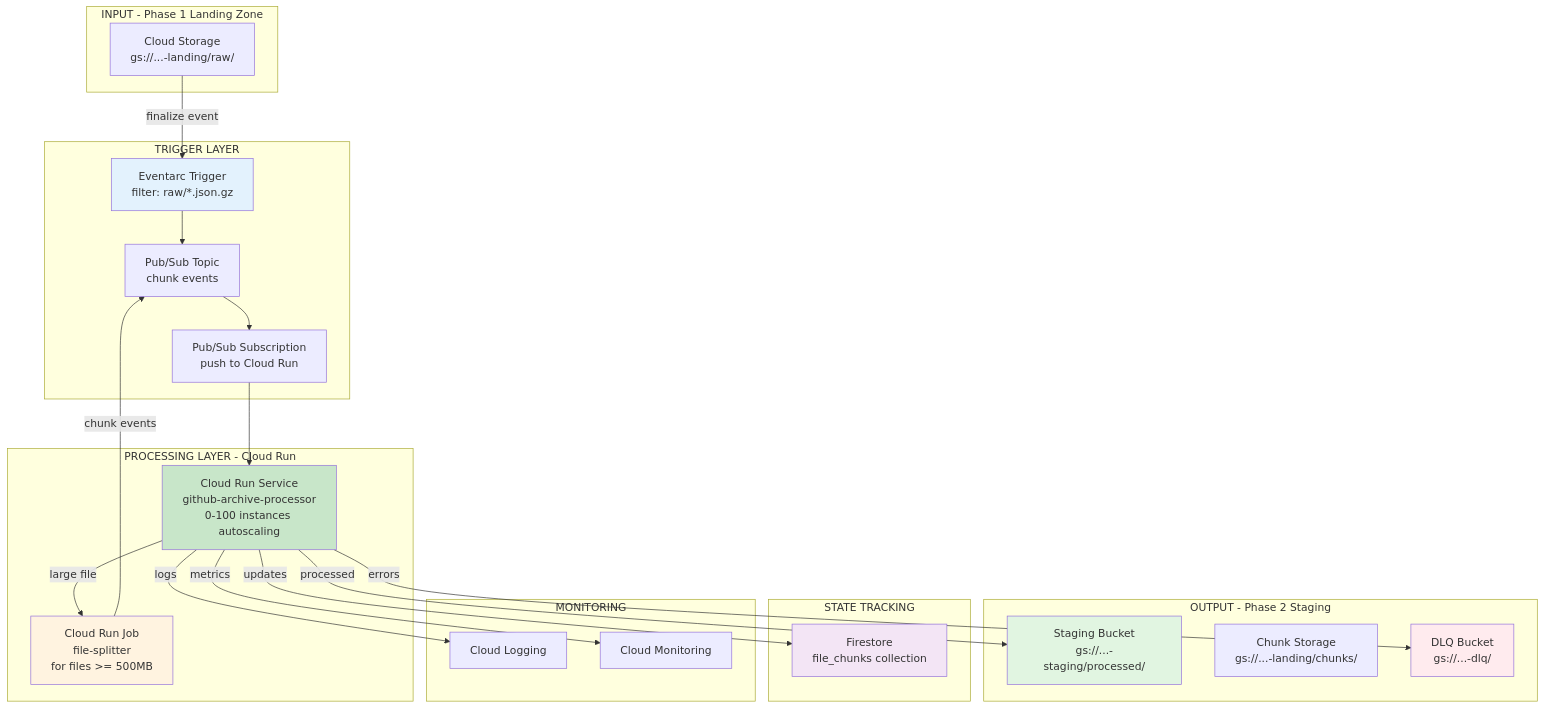
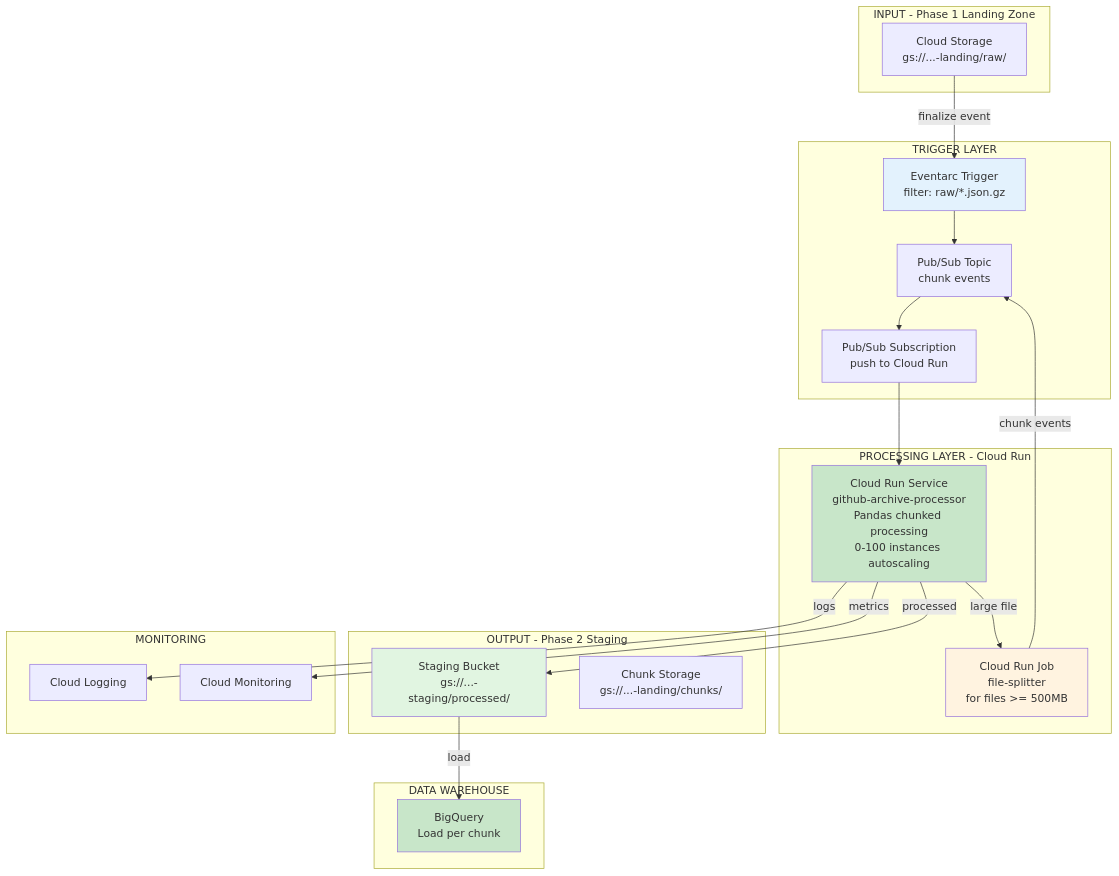
One commit to prateekpanjla-outlook/gcp_data_proc changed the diagram in design/github_archive/phase2_process_files/diagrams/06_component_view.md. Above: the diagram before and after it, drawn with Mermaid. The commit also changed other lines of this file and 8 other files, not shown here.

First line of the commit message:
refactor: simplify Phase 2 architecture - remove Firestore tracking

````diff
--- a/design/github_archive/phase2_process_files/diagrams/06_component_view.md
+++ b/design/github_archive/phase2_process_files/diagrams/06_component_view.md
@@ -3,52 +3,49 @@
 ```mermaid
 graph TB
     subgraph Input["INPUT - Phase 1 Landing Zone"]
         CS[Cloud Storage<br>gs://...-landing/raw/]
     end
 
     subgraph Trigger["TRIGGER LAYER"]
         EVT[Eventarc Trigger<br>filter: raw/*.json.gz]
         PUB[Pub/Sub Topic<br>chunk events]
         SUB[Pub/Sub Subscription<br>push to Cloud Run]
     end
 
     subgraph Compute["PROCESSING LAYER - Cloud Run"]
-        CRS[Cloud Run Service<br>github-archive-processor<br>0-100 instances autoscaling]
+        CRS[Cloud Run Service<br>github-archive-processor<br>Pandas chunked processing<br>0-100 instances autoscaling]
         CRJ[Cloud Run Job<br>file-splitter<br>for files >= 500MB]
     end
 
     subgraph Storage["OUTPUT - Phase 2 Staging"]
         STG[Staging Bucket<br>gs://...-staging/processed/]
         CHK[Chunk Storage<br>gs://...-landing/chunks/]
-        DLQ[DLQ Bucket<br>gs://...-dlq/]
     end
 
-    subgraph Tracking["STATE TRACKING"]
-        FS[Firestore<br>file_chunks collection]
+    subgraph BigQuery["DATA WAREHOUSE"]
+        BQ[BigQuery<br>Load per chunk]
     end
 
     subgraph Monitoring["MONITORING"]
         LOG[Cloud Logging]
         MON[Cloud Monitoring]
     end
 
     CS -->|finalize event| EVT
     EVT --> PUB
     PUB --> SUB
     SUB --> CRS
 
     CRS -->|large file| CRJ
     CRJ -->|chunk events| PUB
     CRS -->|processed| STG
-    CRS -->|errors| DLQ
-    CRS -->|updates| FS
+    STG -->|load| BQ
     CRS -->|logs| LOG
     CRS -->|metrics| MON
 
     style EVT fill:#e3f2fd
     style CRS fill:#c8e6c9
     style CRJ fill:#fff3e0
     style STG fill:#e1f5e1
-    style DLQ fill:#ffebee
-    style FS fill:#f3e5f5
+    style BQ fill:#c8e6c9
 ```
````
